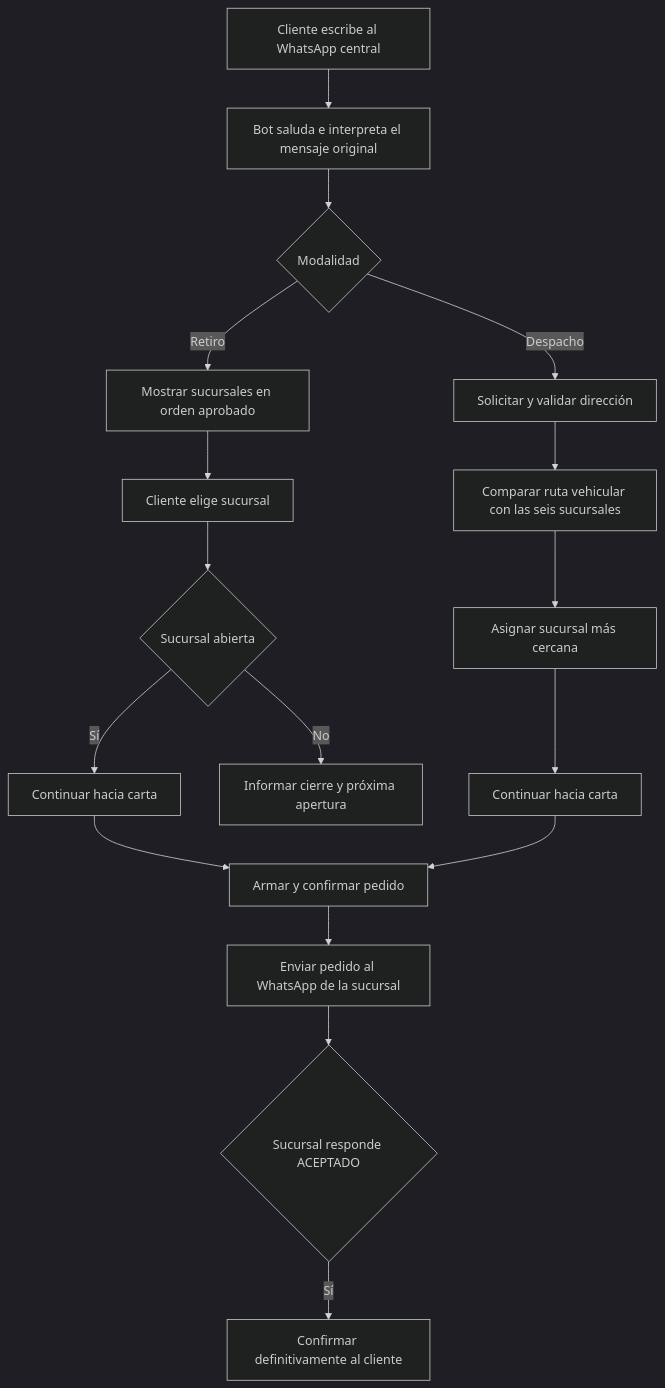
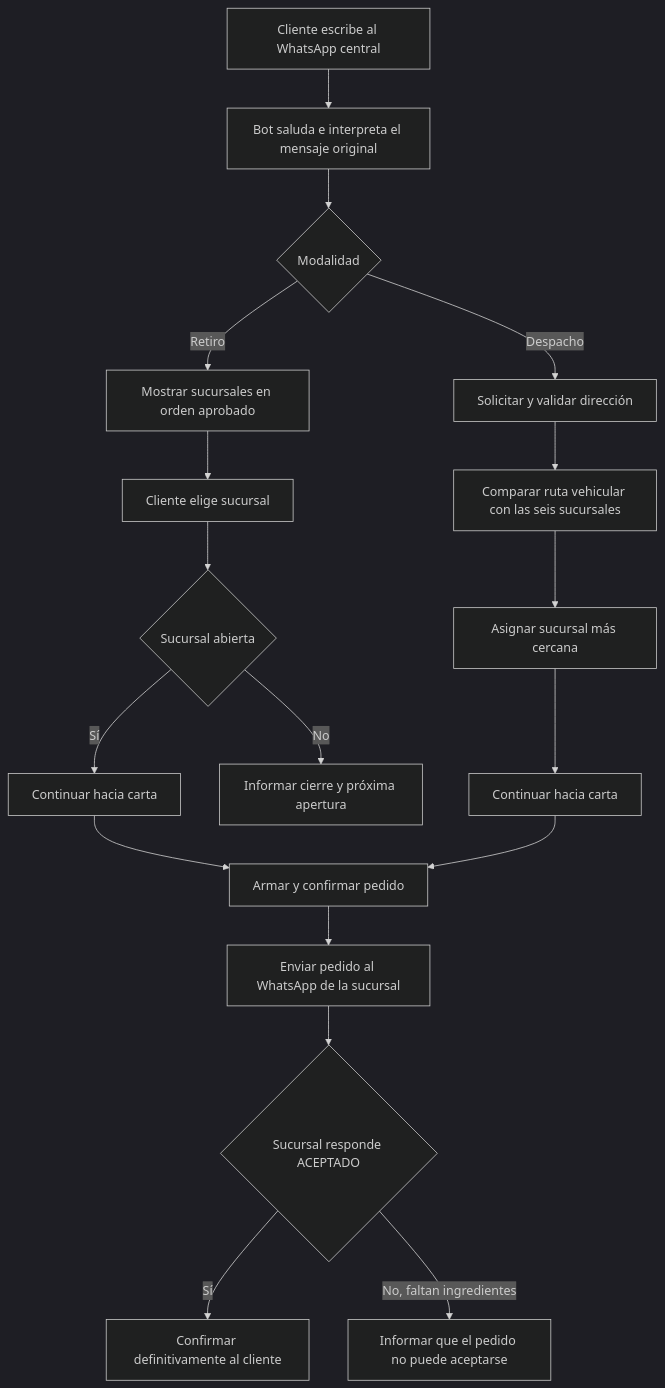
Before and after one commit to 304bxnjvv/jirensushi-whatsapp-bot: the diagram in docs/user-stories/HU-03-contexto-transversal-del-proyecto.md, drawn with Mermaid (dark theme). The commit also changed other lines of this file, not shown here.

````diff
--- a/docs/user-stories/HU-03-contexto-transversal-del-proyecto.md
+++ b/docs/user-stories/HU-03-contexto-transversal-del-proyecto.md
@@ -44,19 +44,20 @@
 ```mermaid
 flowchart TD
     A[Cliente escribe al WhatsApp central] --> B[Bot saluda e interpreta el mensaje original]
     B --> C{Modalidad}
     C -->|Retiro| D[Mostrar sucursales en orden aprobado]
     C -->|Despacho| E[Solicitar y validar dirección]
     D --> F[Cliente elige sucursal]
     F --> G{Sucursal abierta}
     G -->|Sí| H[Continuar hacia carta]
     G -->|No| I[Informar cierre y próxima apertura]
     E --> J[Comparar ruta vehicular con las seis sucursales]
     J --> K[Asignar sucursal más cercana]
     K --> L[Continuar hacia carta]
     H --> M[Armar y confirmar pedido]
     L --> M
     M --> N[Enviar pedido al WhatsApp de la sucursal]
     N --> O{Sucursal responde ACEPTADO}
     O -->|Sí| P[Confirmar definitivamente al cliente]
+    O -->|No, faltan ingredientes| Q[Informar que el pedido no puede aceptarse]
 ```
````
